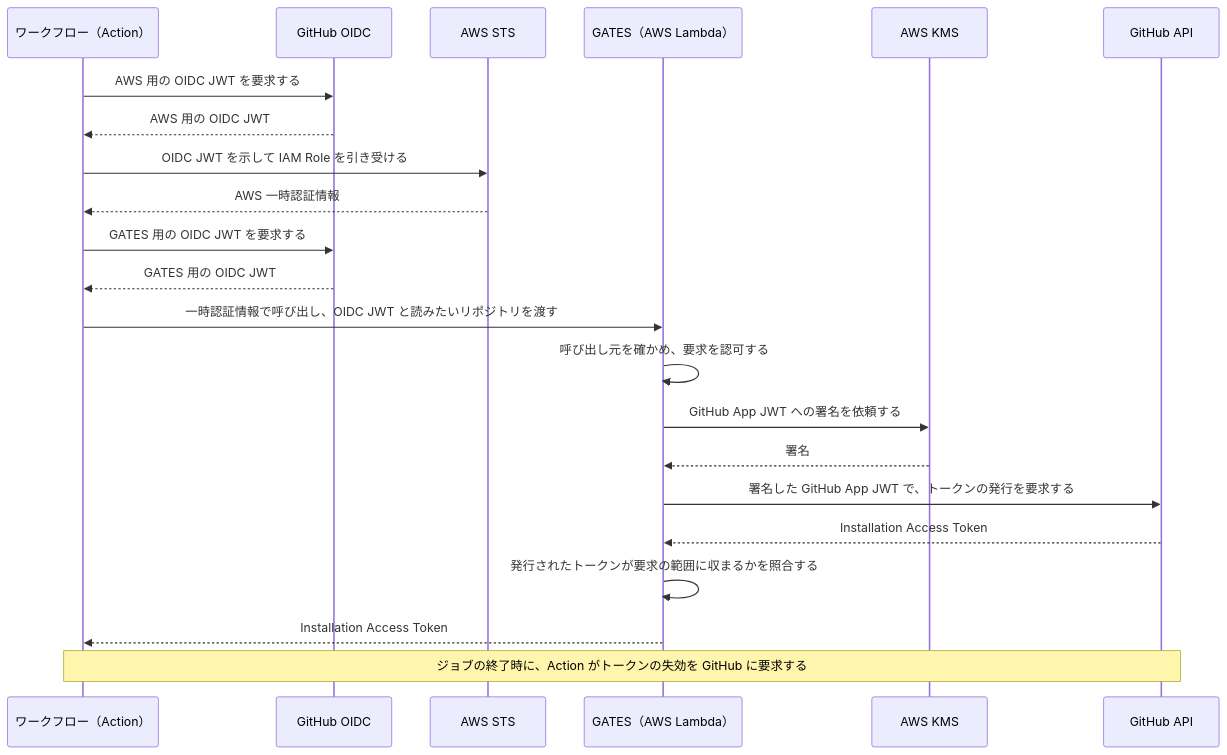
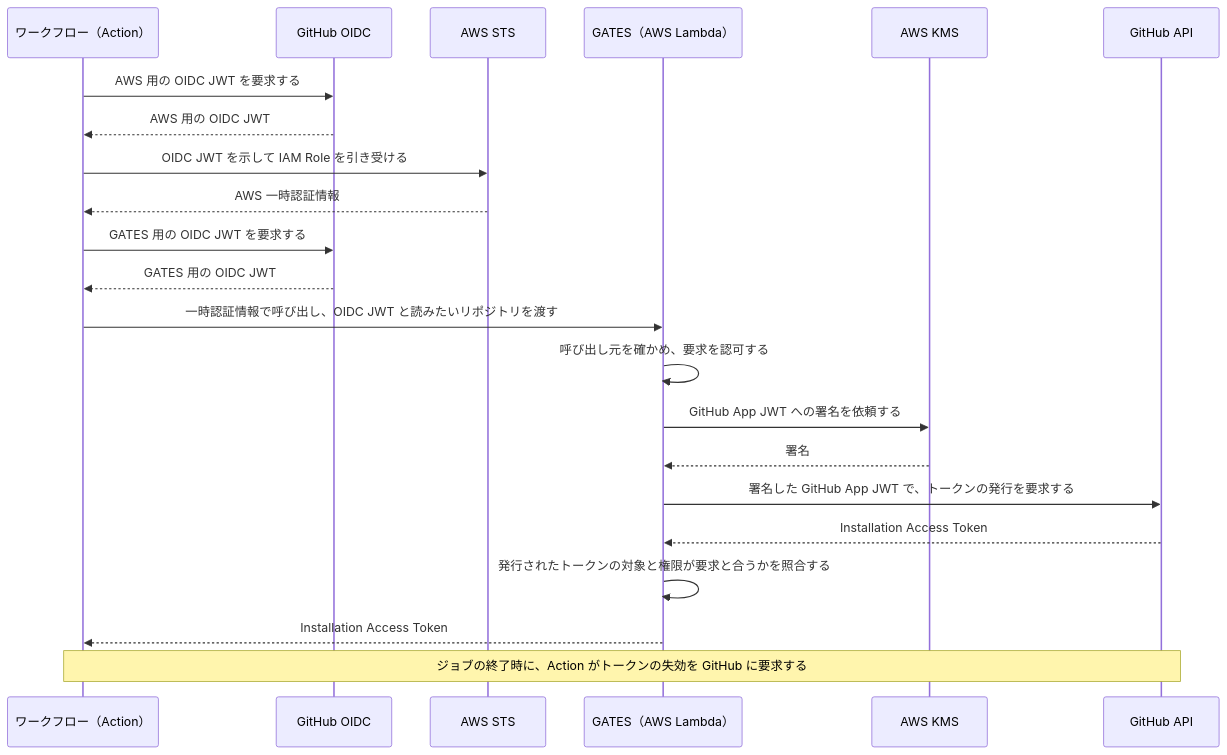
Before and after one commit to tmknom/gates: the diagram in docs/user-guide/overview.md, drawn with Mermaid. The commit also changed other lines of this file and 4 other files, not shown here.

````diff
--- a/docs/user-guide/overview.md
+++ b/docs/user-guide/overview.md
@@ -25,24 +25,24 @@
 ```mermaid
 sequenceDiagram
     participant W as ワークフロー（Action）
     participant O as GitHub OIDC
     participant S as AWS STS
     participant L as GATES（AWS Lambda）
     participant K as AWS KMS
     participant G as GitHub API
     W->>O: AWS 用の OIDC JWT を要求する
     O-->>W: AWS 用の OIDC JWT
     W->>S: OIDC JWT を示して IAM Role を引き受ける
     S-->>W: AWS 一時認証情報
     W->>O: GATES 用の OIDC JWT を要求する
     O-->>W: GATES 用の OIDC JWT
     W->>L: 一時認証情報で呼び出し、OIDC JWT と読みたいリポジトリを渡す
     L->>L: 呼び出し元を確かめ、要求を認可する
     L->>K: GitHub App JWT への署名を依頼する
     K-->>L: 署名
     L->>G: 署名した GitHub App JWT で、トークンの発行を要求する
     G-->>L: Installation Access Token
-    L->>L: 発行されたトークンが要求の範囲に収まるかを照合する
+    L->>L: 発行されたトークンの対象と権限が要求と合うかを照合する
     L-->>W: Installation Access Token
     Note over W,G: ジョブの終了時に、Action がトークンの失効を GitHub に要求する
 ```
````
